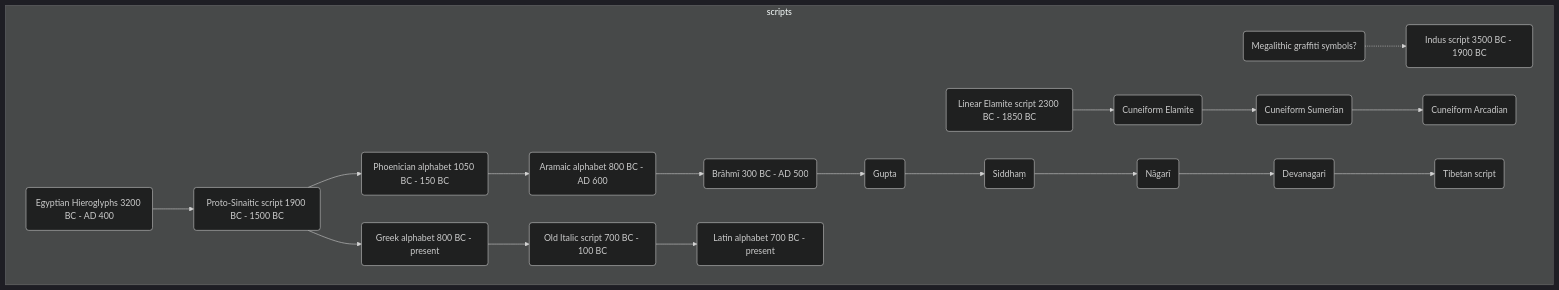
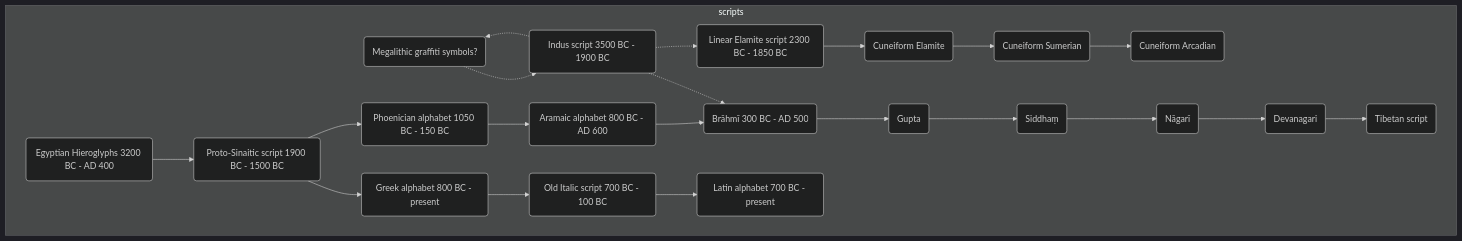
The second of 2 diagrams in docs/tibetan_script_history.md (DigitalTibetan/DigitalTibetan), drawn with Mermaid (dark theme) before and after one commit.

Commit message:
possible relations of indus script added

````diff
--- a/docs/tibetan_script_history.md
+++ b/docs/tibetan_script_history.md
@@ -41,26 +41,31 @@
 ```{mermaid}
 graph TD;  
 subgraph scripts
 BA(Megalithic graffiti symbols?)-.->BB(Indus script 3500 BC - 1900 BC);
 
 
 CA(Linear Elamite script 2300 BC - 1850 BC);
 CA-->CB(Cuneiform Elamite);
 CB-->CD(Cuneiform Sumerian);
 CD-->CE(Cuneiform Arcadian);
 
 L0A(Egyptian Hieroglyphs 3200 BC - AD 400)-->LA
 LA(Proto-Sinaitic script 1900 BC - 1500 BC)-->LB(Phoenician alphabet 1050 BC - 150 BC)
 LB-->LC(Aramaic alphabet 800 BC - AD 600)
 LC-->LD(Brāhmī 300 BC - AD 500)
 LD-->LE(Gupta)
 LE-->LF(Siddhaṃ)
 LF-->LG(Nāgarī)
 LG-->LH(Devanagari)
 LH-->LI(Tibetan script)
 
 LA-->LK(Greek alphabet 800 BC - present)
 LK-->LL(Old Italic script 700 BC - 100 BC)
 LL-->LM(Latin alphabet 700 BC - present)
+
+BB-.->LD;
+BB-.->BA;
+BB-.->CA;
+
 end
 ```
````
